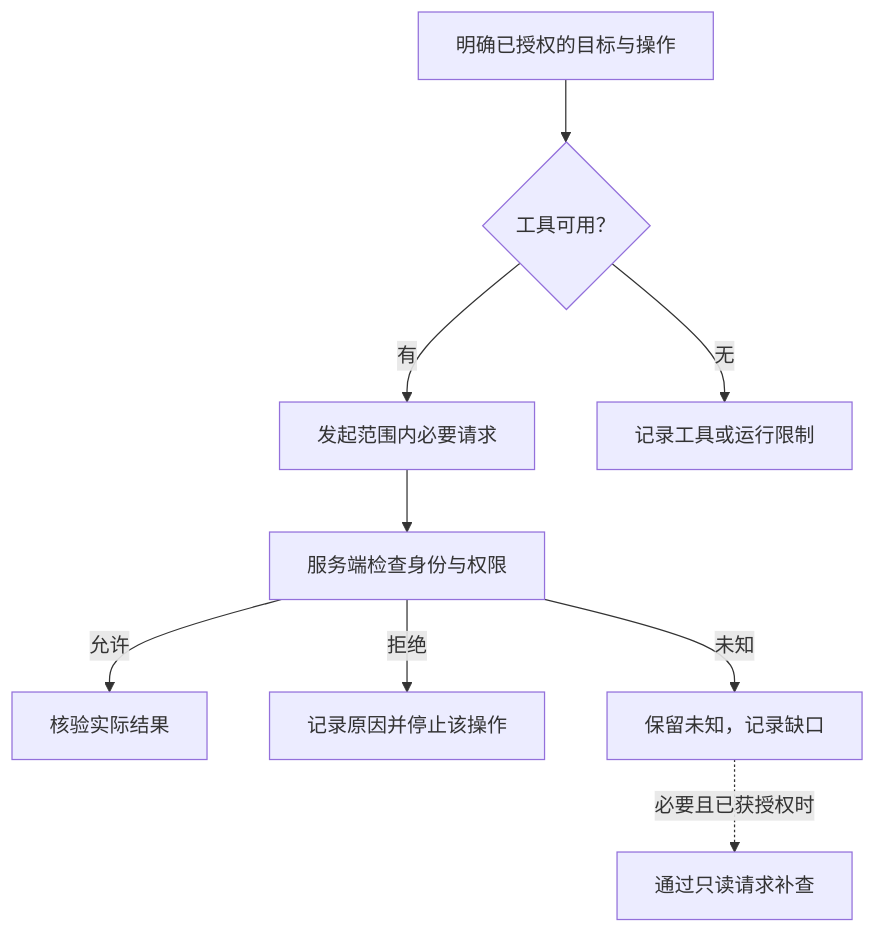
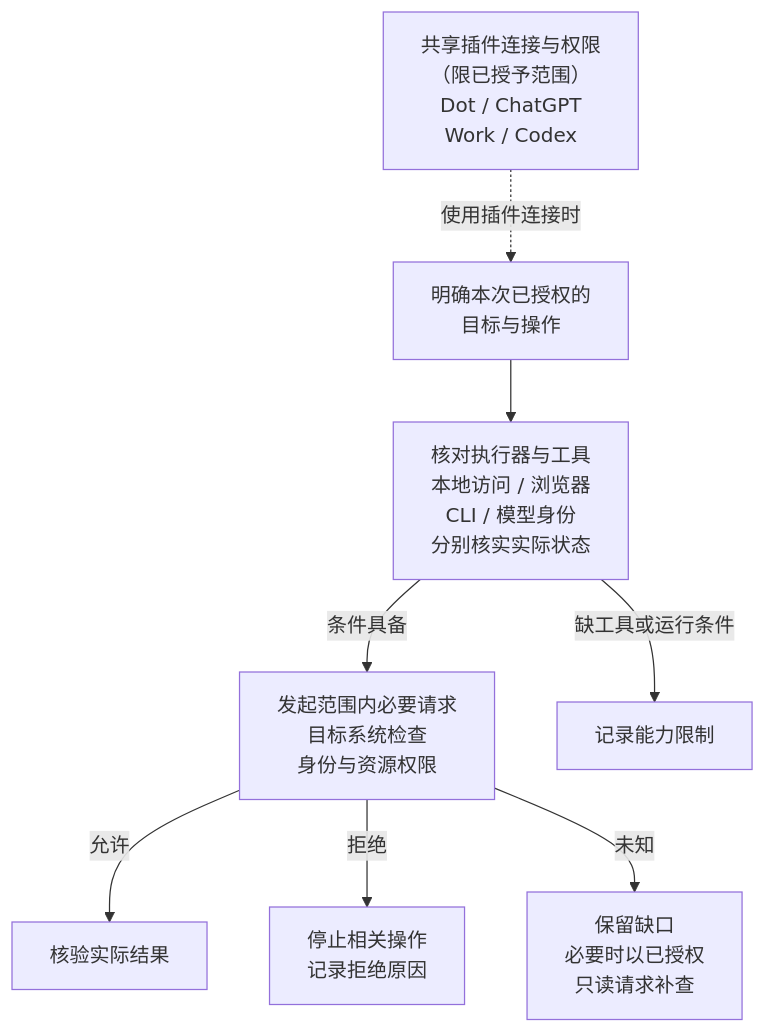
One commit to CF-FE/mymcp-4-codexcloud changed the diagram in docs/diagrams/environment-permissions.mmd. Above: the diagram before and after it, drawn with Mermaid. The commit also changed 20 other files, not shown here.

Commit message:
docs(lody4dot): clarify Dot execution environments and published recovery evidence

```diff
--- a/docs/diagrams/environment-permissions.mmd
+++ b/docs/diagrams/environment-permissions.mmd
@@ -1,16 +1,28 @@
 %% 2026-10-21：请求与访问检查的概念流程，不是平台真实 API 或审批状态机。
-%% 实线表示判断与请求流程；虚线表示未知结果可采用的补查方式，不保证成功。
+%% 实线为请求流程；虚线为使用已有共享插件连接时的条件输入。
+%% 来源：OpenAI Help 20001529、20001554；共享连接只限已经授予的权限。
 %% 用户明确要求读取链接可构成该目标的任务授权，但引用不扩大服务端 ACL。
 %% 不要求请求前证明全部 ACL；可通过授权范围内的必要只读请求核验未知访问状态。
 %% 本图不新增用户确认步骤；读取、修改、发布等操作分别按已有授权范围判断。
 flowchart TB
-    accTitle: 有授权后，如何确认能否访问
-    accDescr: 先明确已有授权的目标和操作，选择可用工具及允许的执行路径，再发起范围内必要请求。请求通过服务端身份与对象访问检查：允许时核验结果，拒绝时停止该操作，未知时保留未知并可用授权的只读请求补查。没有工具或执行条件受限，须说明能力限制；无需请求前证明所有 ACL，也不新增交互审批。
-    scope["明确已授权的目标与操作"] --> tool{"工具可用？"}
-    tool -->|有| request["发起范围内必要请求"]
-    tool -->|无| unavailable["记录工具或运行限制"]
-    request --> access["服务端检查身份与权限"]
-    access -->|允许| result["核验实际结果"]
-    access -->|拒绝| denied["记录原因并停止该操作"]
-    access -->|未知| unknown["保留未知，记录缺口"]
-    unknown -.->|必要且已获授权时| probe["通过只读请求补查"]
+    accTitle: 共享连接后，仍要确认什么
+    accDescr: Dot、ChatGPT、Work 和 Codex 可共享插件连接及已经授予的权限；使用这类连接时仍须明确本次授权目标与操作。选择执行器和可用工具，分别核对本地电脑访问、浏览器会话、CLI 和模型身份的实际状态，再发起范围内必要请求并由目标系统检查身份与资源权限。允许时核验结果，拒绝时停止相关操作，未知时保留缺口并可用已授权的只读请求补查。缺工具或运行条件时记录限制，不新增交互审批。
+    shared["共享插件连接与权限
+（限已授予范围）
+Dot / ChatGPT
+Work / Codex"] -.->|使用插件连接时| scope["明确本次已授权的
+目标与操作"]
+    scope --> execution["核对执行器与工具
+本地访问 / 浏览器
+CLI / 模型身份
+分别核实实际状态"]
+    execution -->|条件具备| request["发起范围内必要请求
+目标系统检查
+身份与资源权限"]
+    execution -->|缺工具或运行条件| unavailable["记录能力限制"]
+    request -->|允许| result["核验实际结果"]
+    request -->|拒绝| denied["停止相关操作
+记录拒绝原因"]
+    request -->|未知| unknown["保留缺口
+必要时以已授权
+只读请求补查"]
```
